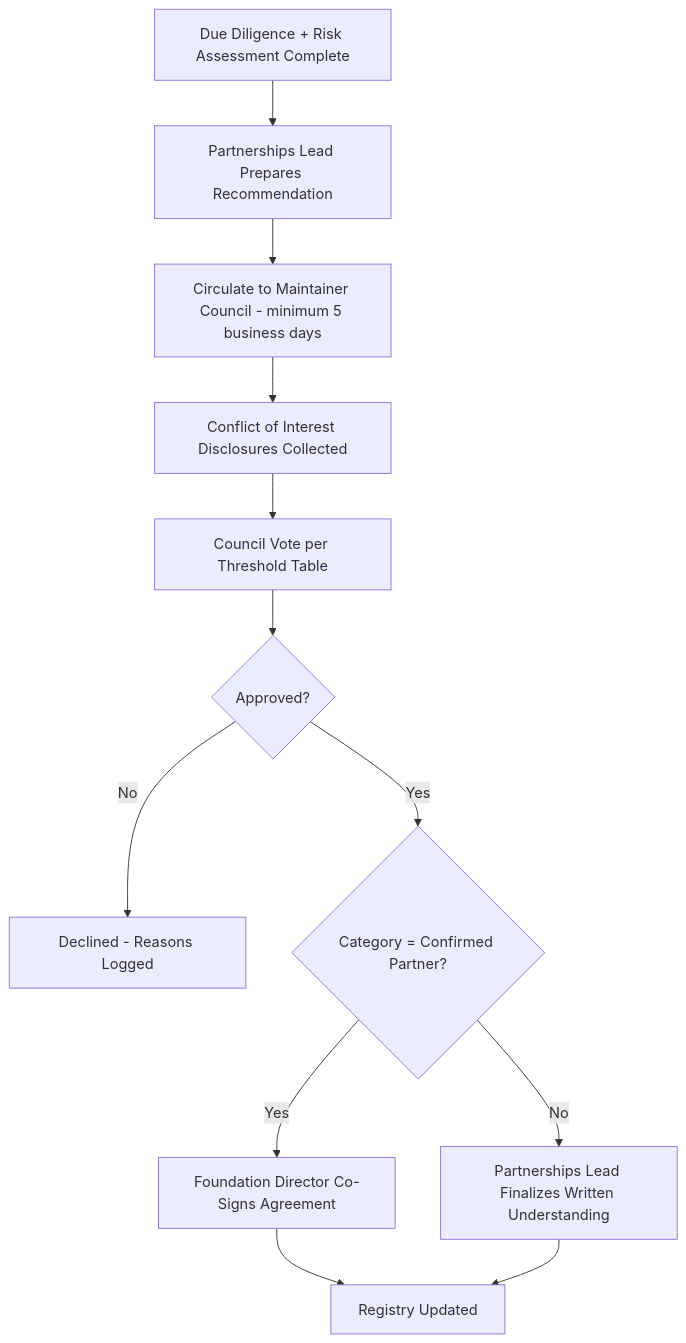
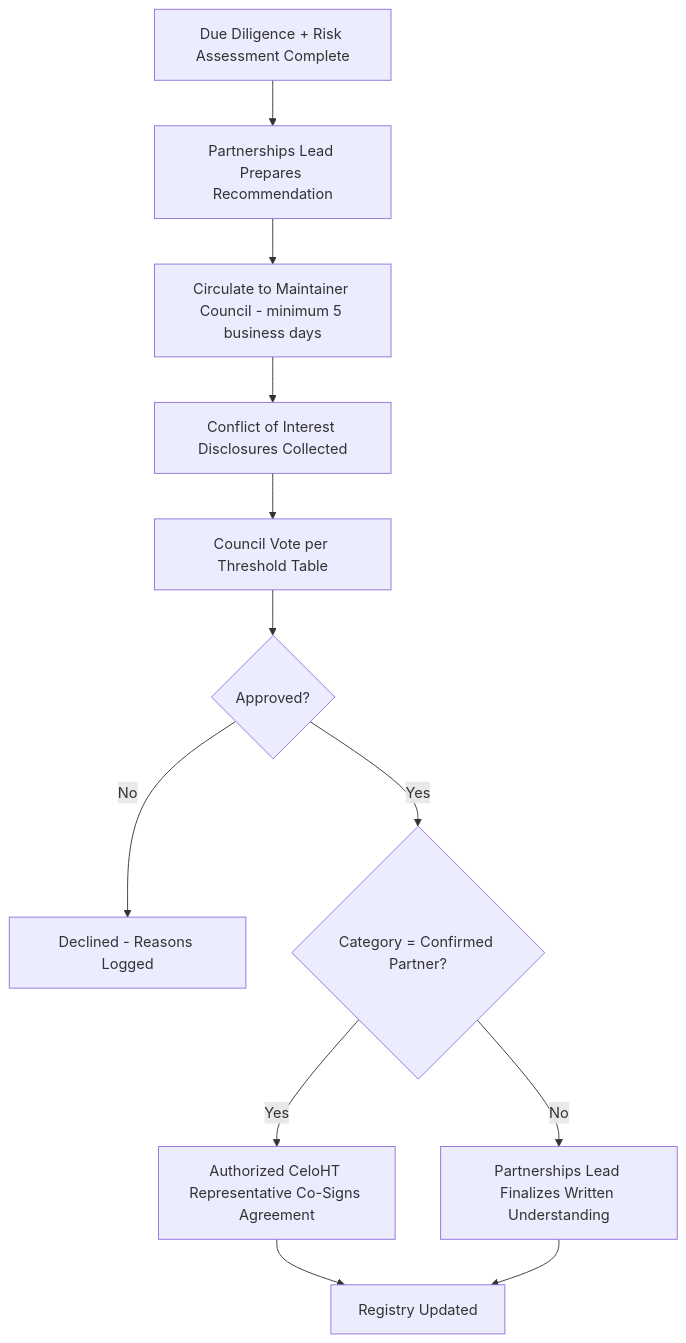
One commit to Celo-HaiTi/celoht-research changed the fifth of 6 diagrams in PARTNERSHIPS.md. Above: the diagram before and after it, drawn with Mermaid. The commit also changed other lines of this file and 73 other files, not shown here.

````diff
--- a/PARTNERSHIPS.md
+++ b/PARTNERSHIPS.md
@@ -412,14 +409,14 @@
 ```mermaid
 flowchart TD
     A[Due Diligence + Risk Assessment Complete] --> B[Partnerships Lead Prepares Recommendation]
     B --> C[Circulate to Maintainer Council - minimum 5 business days]
     C --> D[Conflict of Interest Disclosures Collected]
     D --> E[Council Vote per Threshold Table]
     E --> F{Approved?}
     F -- No --> G[Declined - Reasons Logged]
     F -- Yes --> H{Category = Confirmed Partner?}
-    H -- Yes --> I[Foundation Director Co-Signs Agreement]
+    H -- Yes --> I[Authorized CeloHT Representative Co-Signs Agreement]
     H -- No --> J[Partnerships Lead Finalizes Written Understanding]
     I --> K[Registry Updated]
     J --> K
 ```
````
